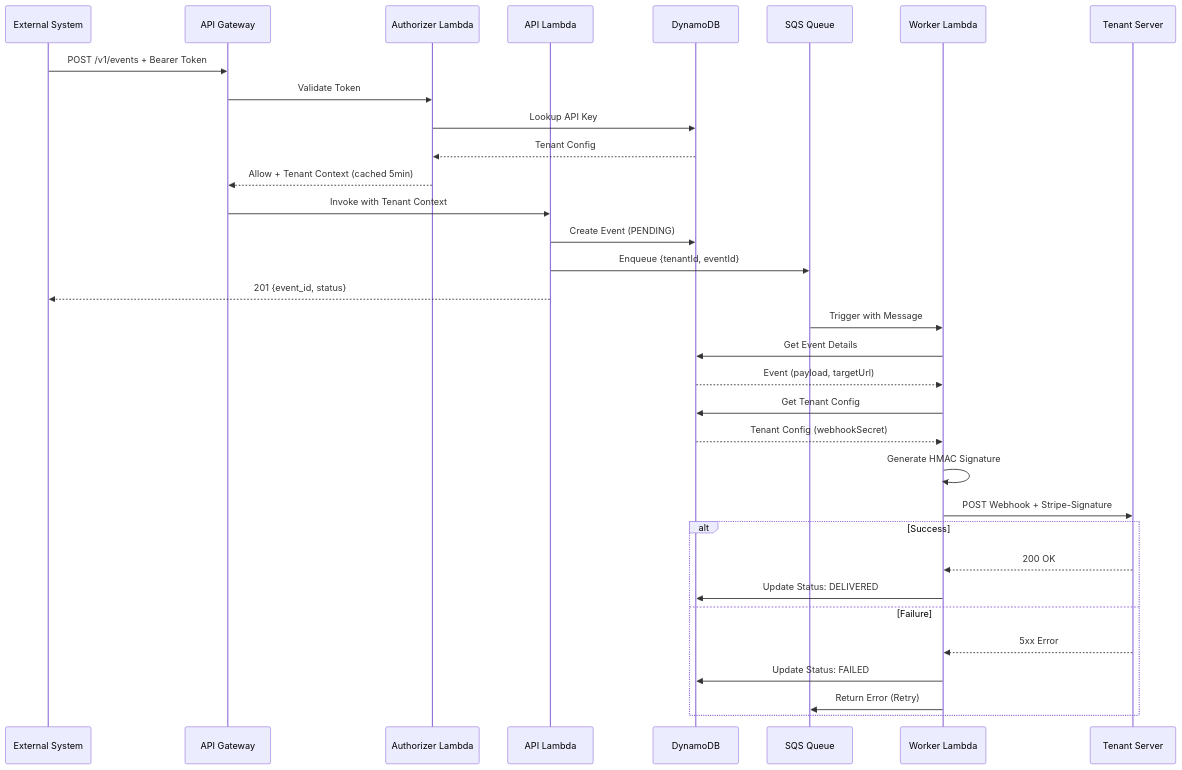
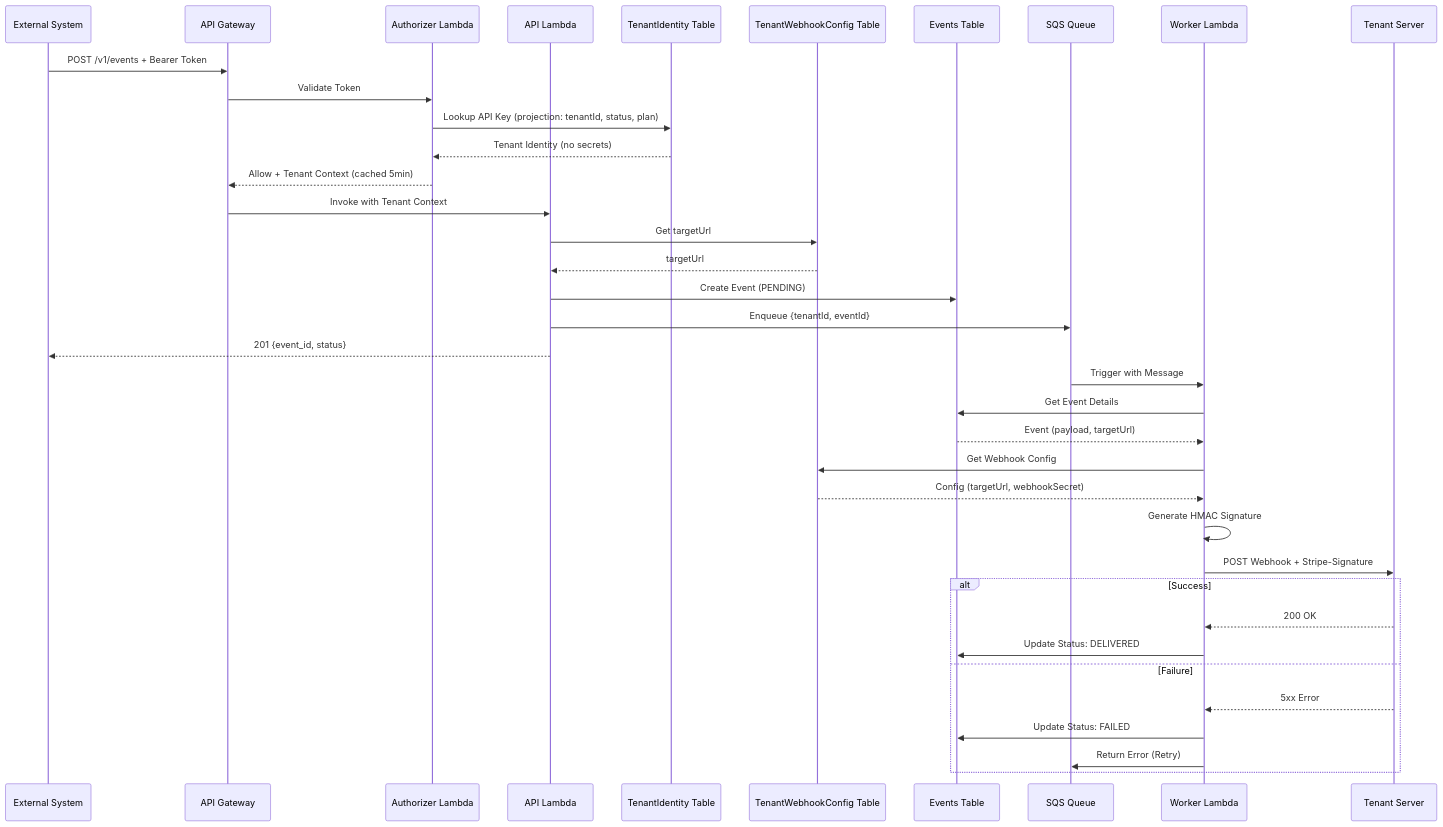
One commit to lousydropout/webhook-delivery changed the third of 4 diagrams in README.md. Above: the diagram before and after it, drawn with Mermaid. The commit also changed other lines of this file and 10 other files, not shown here.

````diff
--- a/README.md
+++ b/README.md
@@ -79,38 +83,42 @@
 ```mermaid
 sequenceDiagram
     participant Ext as External System
     participant AGW as API Gateway
     participant Auth as Authorizer Lambda
     participant API as API Lambda
-    participant DB as DynamoDB
+    participant TenantIdentity as TenantIdentity Table
+    participant TenantWebhookConfig as TenantWebhookConfig Table
+    participant Events as Events Table
     participant SQS as SQS Queue
     participant Worker as Worker Lambda
     participant Tenant as Tenant Server
 
     Ext->>AGW: POST /v1/events + Bearer Token
     AGW->>Auth: Validate Token
-    Auth->>DB: Lookup API Key
-    DB-->>Auth: Tenant Config
+    Auth->>TenantIdentity: Lookup API Key (projection: tenantId, status, plan)
+    TenantIdentity-->>Auth: Tenant Identity (no secrets)
     Auth-->>AGW: Allow + Tenant Context (cached 5min)
     AGW->>API: Invoke with Tenant Context
-    API->>DB: Create Event (PENDING)
+    API->>TenantWebhookConfig: Get targetUrl
+    TenantWebhookConfig-->>API: targetUrl
+    API->>Events: Create Event (PENDING)
     API->>SQS: Enqueue {tenantId, eventId}
     API-->>Ext: 201 {event_id, status}
 
     SQS->>Worker: Trigger with Message
-    Worker->>DB: Get Event Details
-    DB-->>Worker: Event (payload, targetUrl)
-    Worker->>DB: Get Tenant Config
-    DB-->>Worker: Tenant Config (webhookSecret)
+    Worker->>Events: Get Event Details
+    Events-->>Worker: Event (payload, targetUrl)
+    Worker->>TenantWebhookConfig: Get Webhook Config
+    TenantWebhookConfig-->>Worker: Config (targetUrl, webhookSecret)
     Worker->>Worker: Generate HMAC Signature
     Worker->>Tenant: POST Webhook + Stripe-Signature
 
     alt Success
         Tenant-->>Worker: 200 OK
-        Worker->>DB: Update Status: DELIVERED
+        Worker->>Events: Update Status: DELIVERED
     else Failure
         Tenant-->>Worker: 5xx Error
-        Worker->>DB: Update Status: FAILED
+        Worker->>Events: Update Status: FAILED
         Worker->>SQS: Return Error (Retry)
     end
 ```
````
